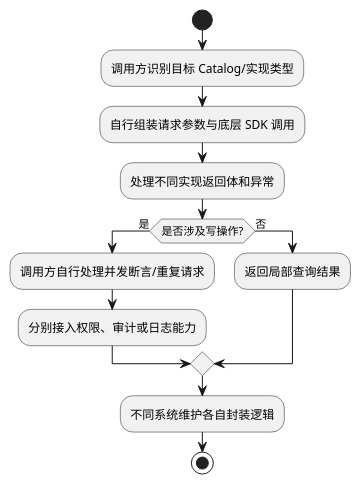
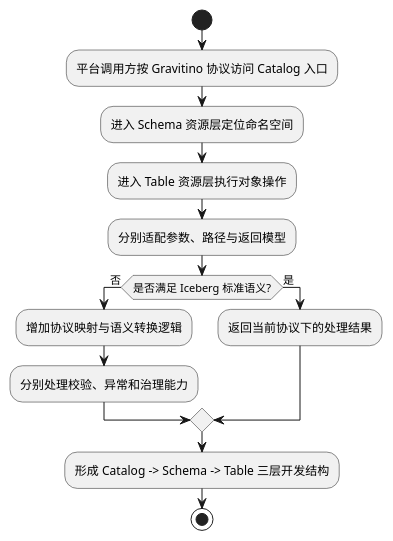
The second of 5 diagrams in Iceberg_Table接口能力_需求分析文档.md (jingwang-0415/codex), drawn with PlantUML before and after one commit. The commit also changed other lines of this file, not shown here.

Commit message:
Refine Iceberg requirements analysis for Gravitino mapping

````diff
--- a/Iceberg_Table接口能力_需求分析文档.md
+++ b/Iceberg_Table接口能力_需求分析文档.md
@@ -122,16 +145,17 @@
 ```plantuml
 @startuml
 start
-:调用方识别目标 Catalog/实现类型;
-:自行组装请求参数与底层 SDK 调用;
-:处理不同实现返回体和异常;
-if (是否涉及写操作?) then (是)
-  :调用方自行处理并发断言/重复请求;
-  :分别接入权限、审计或日志能力;
-else (否)
-  :返回局部查询结果;
+:平台调用方按 Gravitino 协议访问 Catalog 入口;
+:进入 Schema 资源层定位命名空间;
+:进入 Table 资源层执行对象操作;
+:分别适配参数、路径与返回模型;
+if (是否满足 Iceberg 标准语义?) then (否)
+  :增加协议映射与语义转换逻辑;
+  :分别处理校验、异常和治理能力;
+else (是)
+  :返回当前协议下的处理结果;
 endif
-:不同系统维护各自封装逻辑;
+:形成 Catalog -> Schema -> Table 三层开发结构;
 stop
 @enduml
 ```
````
